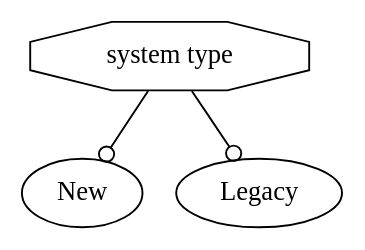
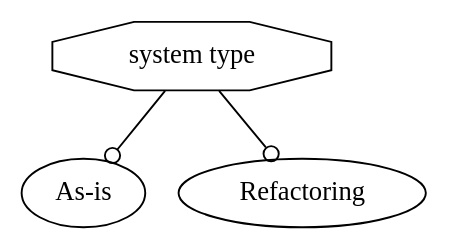
The diagram in uk.ac.ucl.cs.results/CVB/graph/dgraph.dot (sbusari/RADAR2), drawn with Graphviz before and after one commit. The commit also changed 40 other files, not shown here.

```diff
--- a/uk.ac.ucl.cs.results/CVB/graph/dgraph.dot
+++ b/uk.ac.ucl.cs.results/CVB/graph/dgraph.dot
@@ -1,4 +1,4 @@
 digraph G { 
-"0"[label="system type", shape = polygon, sides =8 ]"1"[label="New"]"0" -> "1"[arrowhead= odot]
-"2"[label="Legacy"]"0" -> "2"[arrowhead= odot]
+"0"[label="system type", shape = polygon, sides =8 ]"1"[label="As-is"]"0" -> "1"[arrowhead= odot]
+"2"[label="Refactoring"]"0" -> "2"[arrowhead= odot]
 }
```
